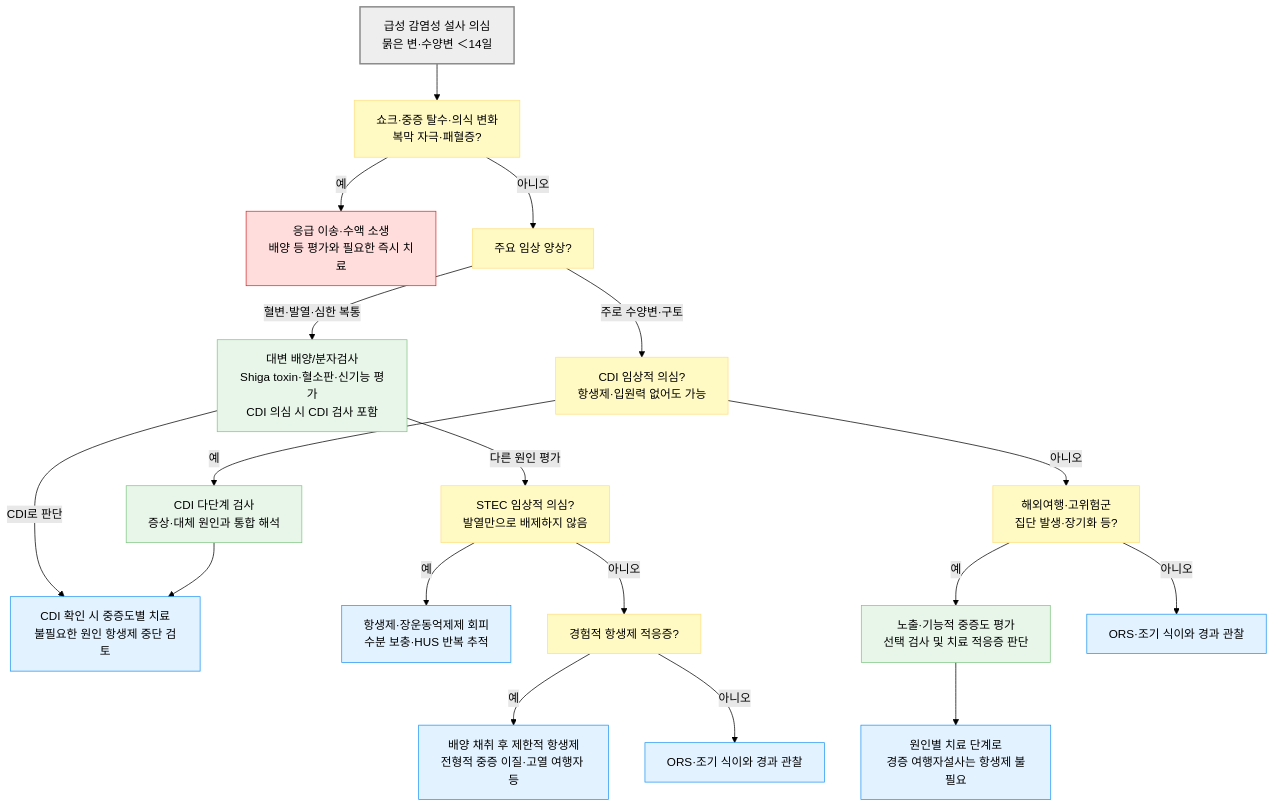
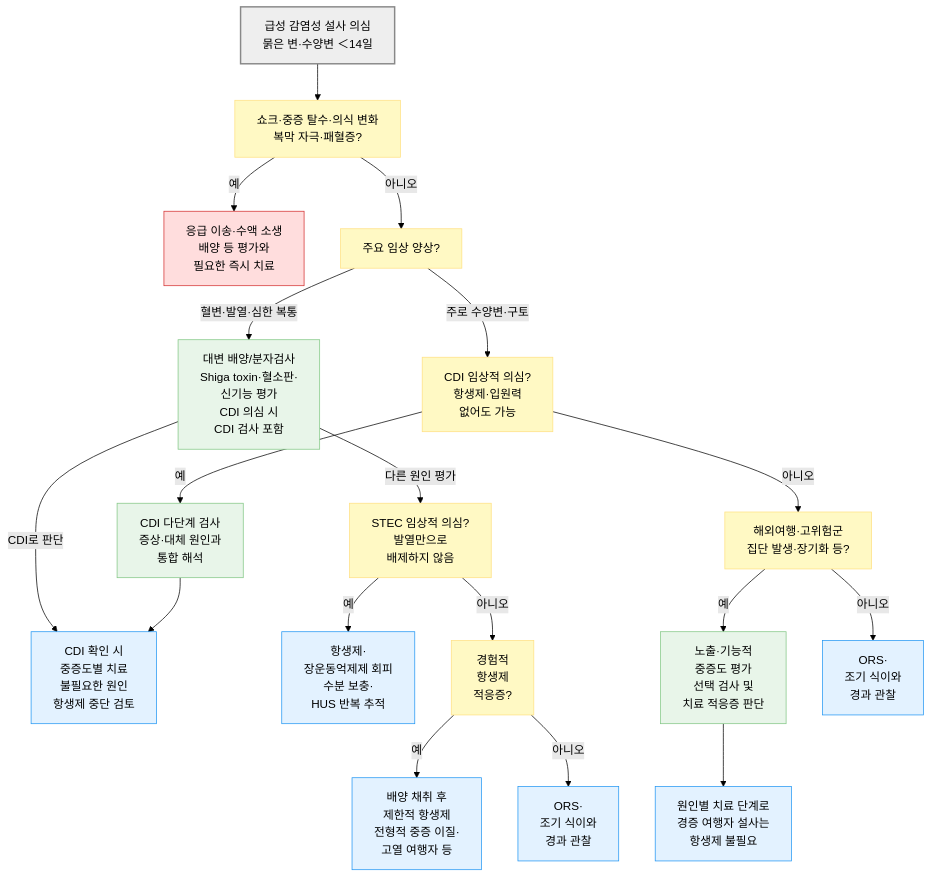
Before and after one commit to familyoh77/familyoh77: the diagram in 224_/085_-acute-infectious-diarrhea.md, drawn with Mermaid (forest theme). The commit also changed other lines of this file, not shown here.

````diff
--- a/224_/085_-acute-infectious-diarrhea.md
+++ b/224_/085_-acute-infectious-diarrhea.md
@@ -203,31 +203,30 @@
 ```mermaid
 flowchart TD
     A["급성 감염성 설사 의심<br/>묽은 변·수양변 ＜14일"] --> U["쇼크·중증 탈수·의식 변화<br/>복막 자극·패혈증?"]
-    U -- "예" --> E["응급 이송·수액 소생<br/>배양 등 평가와 필요한 즉시 치료"]
+    U -- "예" --> E["응급 이송·수액 소생<br/>배양 등 평가와 <br/>필요한 즉시 치료"]
     U -- "아니오" --> P["주요 임상 양상?"]
-    P -- "혈변·발열·심한 복통" --> B["대변 배양/분자검사<br/>Shiga toxin·혈소판·신기능 평가<br/>CDI 의심 시 CDI 검사 포함"]
+    P -- "혈변·발열·심한 복통" --> B["대변 배양/분자검사<br/>Shiga toxin·혈소판·<br/>신기능 평가<br/>CDI 의심 시 <br/>CDI 검사 포함"]
     B -- "CDI로 판단" --> CD
-    B -- "다른 원인 평가" --> Q["STEC 임상적 의심?<br/>발열만으로 배제하지 않음"]
-    Q -- "예" --> S["항생제·장운동억제제 회피<br/>수분 보충·HUS 반복 추적"]
-    Q -- "아니오" --> I["경험적 항생제 적응증?"]
-    I -- "예" --> AB["배양 채취 후 제한적 항생제<br/>전형적 중증 이질·고열 여행자 등"]
-    I -- "아니오" --> W1["ORS·조기 식이와 경과 관찰"]
-    P -- "주로 수양변·구토" --> C["CDI 임상적 의심?<br/>항생제·입원력 없어도 가능"]
-    C -- "예" --> CT["CDI 다단계 검사<br/>증상·대체 원인과 통합 해석"]
-    CT --> CD["CDI 확인 시 중증도별 치료<br/>불필요한 원인 항생제 중단 검토"]
+    B -- "다른 원인 평가" --> Q["STEC 임상적 의심?<br/>발열만으로 <br/>배제하지 않음"]
+    Q -- "예" --> S["항생제·<br/>장운동억제제 회피<br/>수분 보충·<br/>HUS 반복 추적"]
+    Q -- "아니오" --> I["경험적 <br/>항생제 <br/>적응증?"]
+    I -- "예" --> AB["배양 채취 후 <br/>제한적 항생제<br/>전형적 중증 이질·<br/>고열 여행자 등"]
+    I -- "아니오" --> W1["ORS·<br/>조기 식이와 <br/>경과 관찰"]
+    P -- "주로 수양변·구토" --> C["CDI 임상적 의심?<br/>항생제·입원력 <br/>없어도 가능"]
+    C -- "예" --> CT["CDI 다단계 검사<br/>증상·대체 원인과 <br/>통합 해석"]
+    CT --> CD["CDI 확인 시 <br/>중증도별 치료<br/>불필요한 원인 <br/>항생제 중단 검토"]
     C -- "아니오" --> T["해외여행·고위험군<br/>집단 발생·장기화 등?"]
-    T -- "예" --> X["노출·기능적 중증도 평가<br/>선택 검사 및 치료 적응증 판단"]
-    X --> N["원인별 치료 단계로<br/>경증 여행자설사는 항생제 불필요"]
-    T -- "아니오" --> W2["ORS·조기 식이와 경과 관찰"]
+    T -- "예" --> X["노출·기능적 <br/>중증도 평가<br/>선택 검사 및 <br/>치료 적응증 판단"]
+    X --> N["원인별 치료 단계로<br/>경증 여행자 설사는 <br/>항생제 불필요"]
+    T -- "아니오" --> W2["ORS·<br/>조기 식이와 <br/>경과 관찰"]
     classDef neutral fill:#eeeeee,stroke:#888888,stroke-width:2px
     classDef question fill:#fff9c4,stroke:#ffe082
     classDef test fill:#e8f5e9,stroke:#81c784
     classDef treatment fill:#e3f2ff,stroke:#2196f3
     classDef emergency fill:#ffdddd,stroke:#d32f2f
     class A neutral
     class U,P,Q,I,C,T question
     class B,CT,X test
     class S,AB,CD,W1,W2,N treatment
     class E emergency
-
 ```
````
